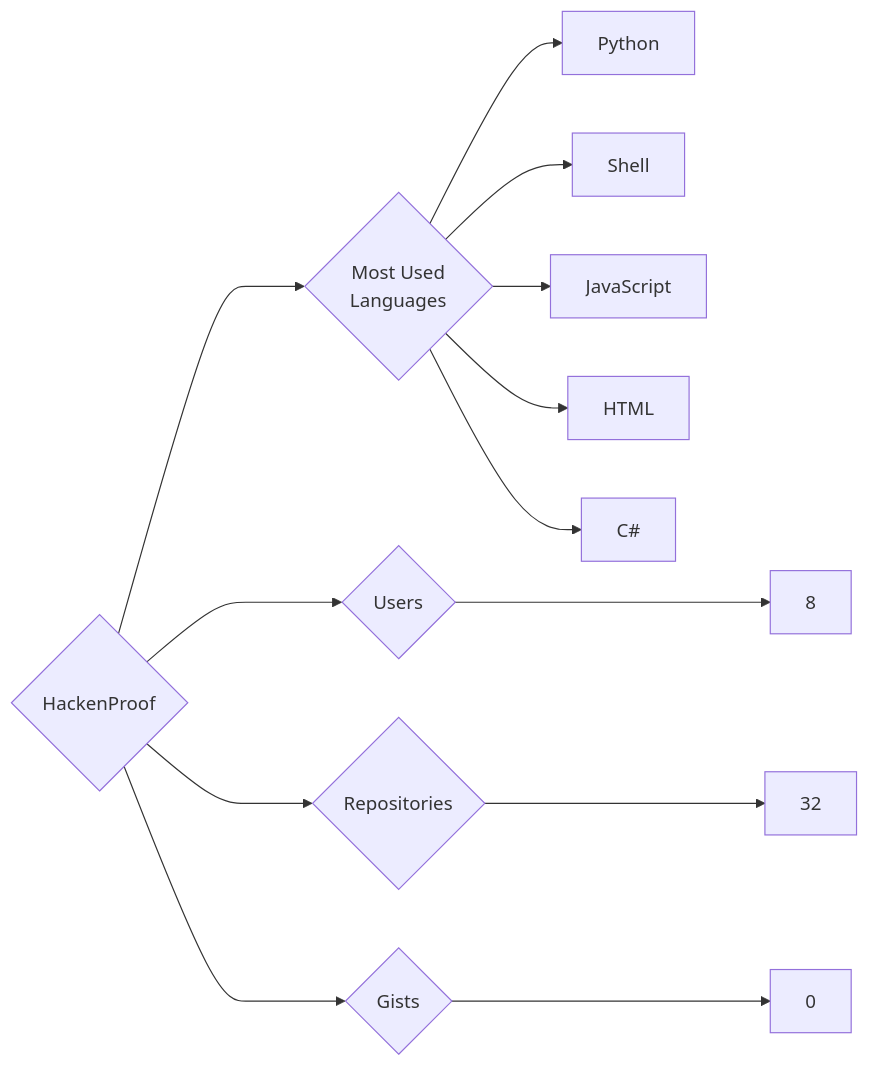
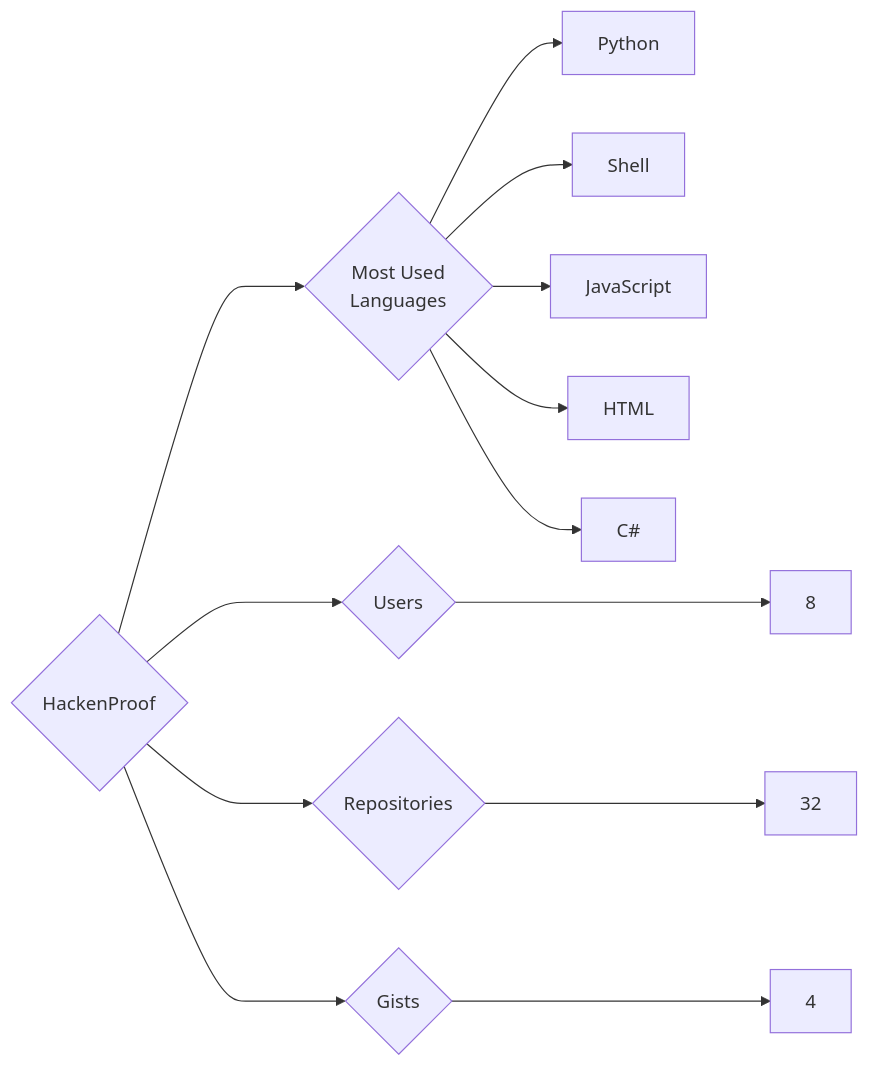
The diagram in targets/HackenProof/README.md (trickest/insiders), drawn with Mermaid before and after one commit. The commit also changed 1030 other files, not shown here.

````diff
--- a/targets/HackenProof/README.md
+++ b/targets/HackenProof/README.md
@@ -3,13 +3,13 @@
 ```mermaid
 graph LR
 COMPANY_NAME{HackenProof}
 COMPANY_NAME ---> U{Users} ---> UN[8]
 COMPANY_NAME ---> R{Repositories} ---> RN[32]
-COMPANY_NAME ---> G{Gists} ---> GN[0]
+COMPANY_NAME ---> G{Gists} ---> GN[4]
 COMPANY_NAME ---> ML{Most Used<br>Languages}
 ML --> Python[Python]
 ML --> Shell[Shell]
 ML --> JavaScript[JavaScript]
 ML --> HTML[HTML]
 ML --> C#[C#]
 ```
````
